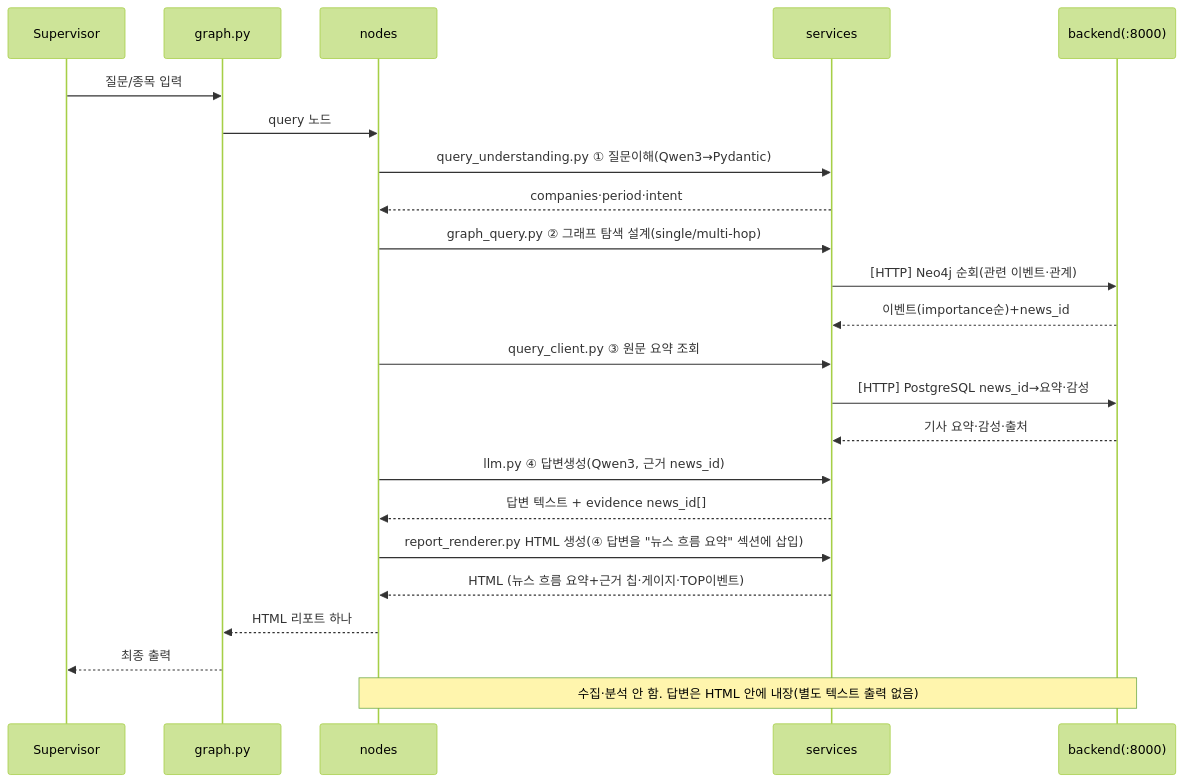
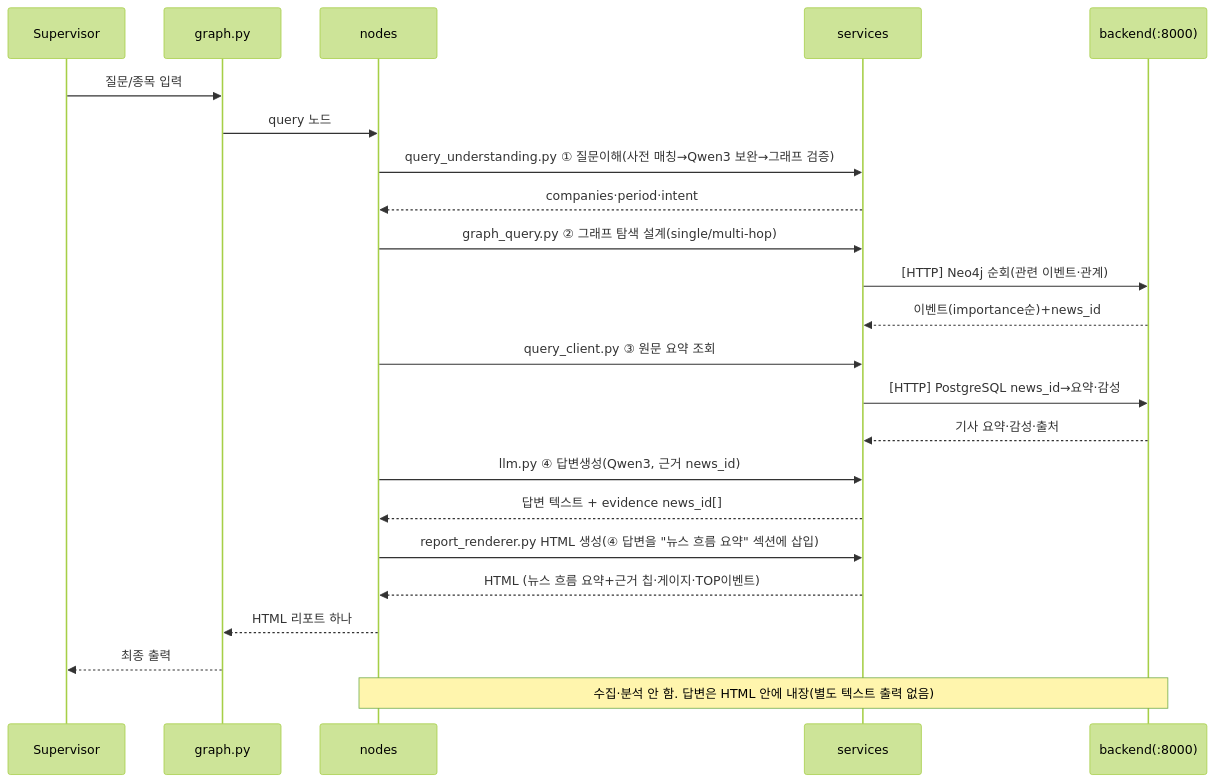
Before and after one commit to MTVS03/verith: the second of 3 diagrams in ai/src/agents/news/docs/sequence.md, drawn with Mermaid (forest theme). The commit also changed other lines of this file and 3 other files, not shown here.

````diff
--- a/ai/src/agents/news/docs/sequence.md
+++ b/ai/src/agents/news/docs/sequence.md
@@ -36,25 +37,25 @@
 ```mermaid
 sequenceDiagram
   participant U as Supervisor
   participant G as graph.py
   participant N as nodes
   participant SV as services
   participant BE as backend(:8000)
   U->>G: 질문/종목 입력
   G->>N: query 노드
-  N->>SV: query_understanding.py ① 질문이해(Qwen3→Pydantic)
+  N->>SV: query_understanding.py ① 질문이해(사전 매칭→Qwen3 보완→그래프 검증)
   SV-->>N: companies·period·intent
   N->>SV: graph_query.py ② 그래프 탐색 설계(single/multi-hop)
   SV->>BE: [HTTP] Neo4j 순회(관련 이벤트·관계)
   BE-->>SV: 이벤트(importance순)+news_id
   N->>SV: query_client.py ③ 원문 요약 조회
   SV->>BE: [HTTP] PostgreSQL news_id→요약·감성
   BE-->>SV: 기사 요약·감성·출처
   N->>SV: llm.py ④ 답변생성(Qwen3, 근거 news_id)
   SV-->>N: 답변 텍스트 + evidence news_id[]
   N->>SV: report_renderer.py HTML 생성(④ 답변을 "뉴스 흐름 요약" 섹션에 삽입)
   SV-->>N: HTML (뉴스 흐름 요약+근거 칩·게이지·TOP이벤트)
   N-->>G: HTML 리포트 하나
   G-->>U: 최종 출력
   Note over N,BE: 수집·분석 안 함. 답변은 HTML 안에 내장(별도 텍스트 출력 없음)
 ```
````
